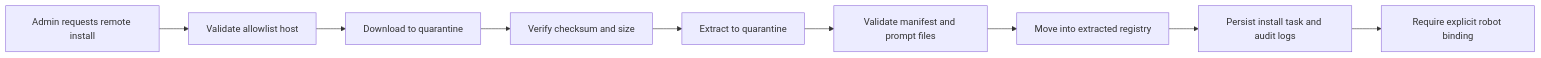
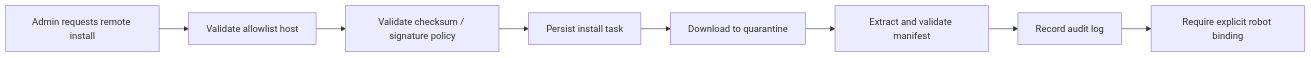
The diagram in docs/skills-remote-install-security.md (tiammomo/moyuan-rag), drawn with Mermaid before and after one commit. The commit also changed other lines of this file and 18 other files, not shown here.

````diff
--- a/docs/skills-remote-install-security.md
+++ b/docs/skills-remote-install-security.md
@@ -33,11 +42,10 @@
 ```mermaid
 flowchart LR
     A["Admin requests remote install"] --> B["Validate allowlist host"]
-    B --> C["Download to quarantine"]
-    C --> D["Verify checksum and size"]
-    D --> E["Extract to quarantine"]
-    E --> F["Validate manifest and prompt files"]
-    F --> G["Move into extracted registry"]
-    G --> H["Persist install task and audit logs"]
-    H --> I["Require explicit robot binding"]
+    B --> C["Validate checksum / signature policy"]
+    C --> D["Persist install task"]
+    D --> E["Download to quarantine"]
+    E --> F["Extract and validate manifest"]
+    F --> G["Record audit log"]
+    G --> H["Require explicit robot binding"]
 ```
````
